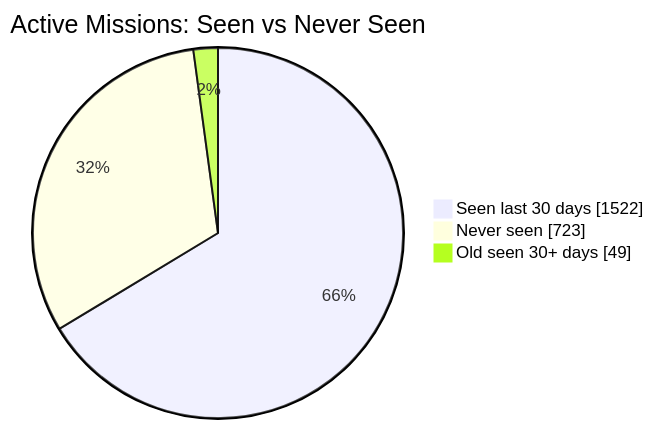
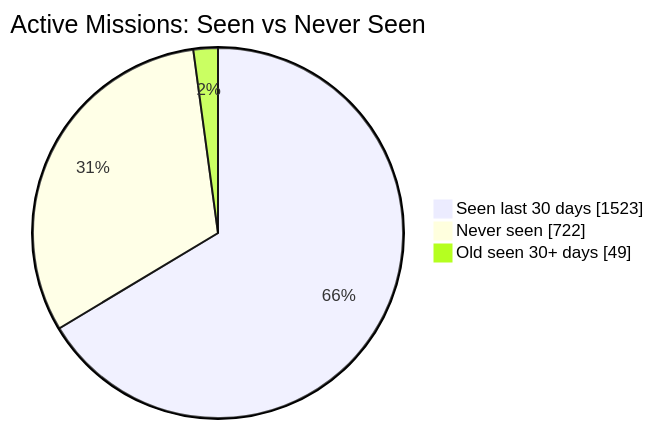
Before and after one commit to MeldkamerspelGameTeam/active-missions: the first of 2 diagrams in README.md, drawn with Mermaid. The commit also changed other lines of this file and 3 other files, not shown here.

````diff
--- a/README.md
+++ b/README.md
@@ -34,7 +34,7 @@
 ```mermaid
 pie showData
     title Active Missions: Seen vs Never Seen
-    "Seen last 30 days" : 1522
-    "Never seen" : 723
+    "Seen last 30 days" : 1523
+    "Never seen" : 722
     "Old seen 30+ days" : 49
 ```
````
